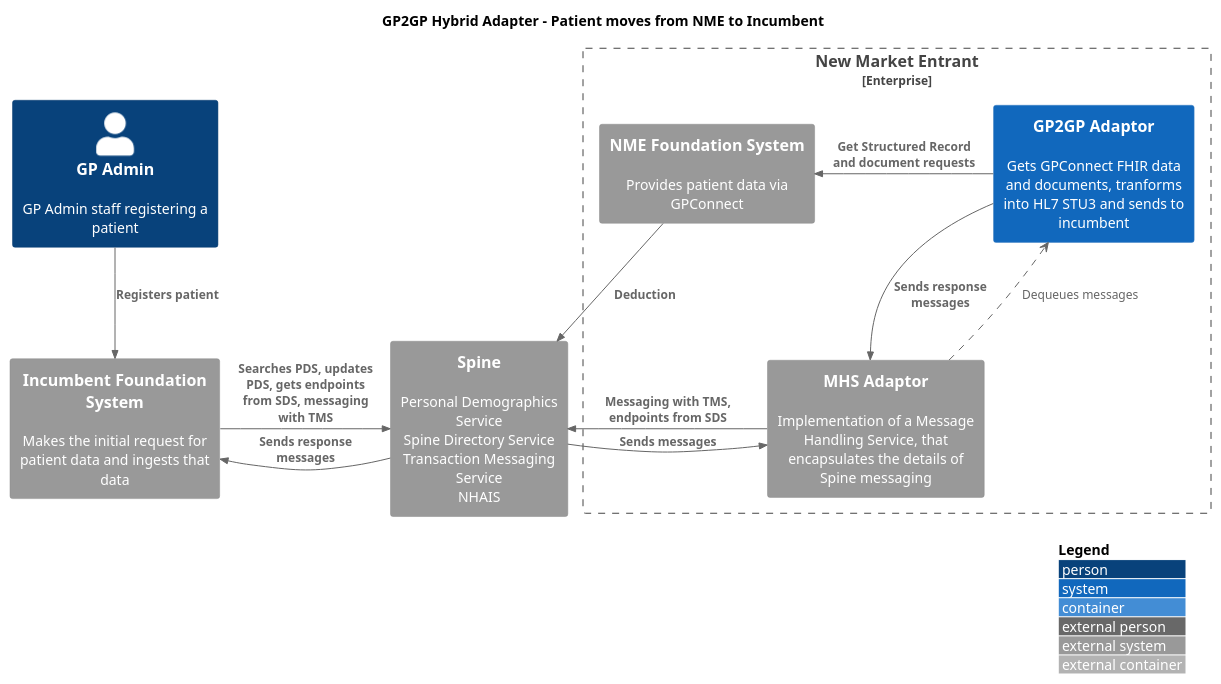
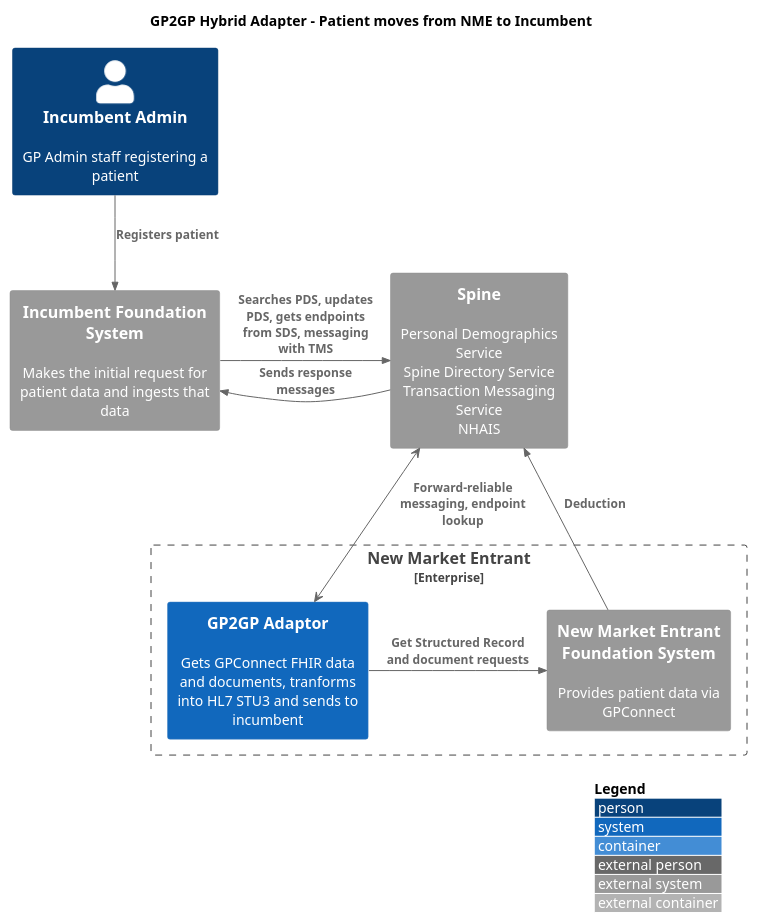
Before and after one commit to NHSDigital/integration-adaptor-gp2gp: the diagram in architecture/system-context-nme-to-incumbent.puml, drawn with PlantUML. The commit also changed 3 other files, not shown here.

```diff
--- a/architecture/system-context-nme-to-incumbent.puml
+++ b/architecture/system-context-nme-to-incumbent.puml
@@ -1,29 +1,25 @@
 @startuml 
 !includeurl https://raw.githubusercontent.com/RicardoNiepel/C4-PlantUML/release/1-0/C4_Container.puml
 
 title GP2GP Hybrid Adapter - Patient moves from NME to Incumbent
 
 LAYOUT_WITH_LEGEND()
 
-Person(gp, "GP Admin", "GP Admin staff registering a patient")
+Person(gp, "Incumbent Admin", "GP Admin staff registering a patient")
 System_Ext(incumbent, "Incumbent Foundation System", "Makes the initial request for patient data and ingests that data")
 
 System_Ext(spine, "Spine", "Personal Demographics Service\nSpine Directory Service\nTransaction Messaging Service\nNHAIS")
 
 Enterprise_Boundary(ent, "New Market Entrant") {
-    System_Ext(mhsSystem, "MHS Adaptor", "Implementation of a Message Handling Service, that encapsulates the details of Spine messaging")
-    System(gp2gpSystem, "GP2GP Adaptor", "Gets GPConnect FHIR data and documents, tranforms into HL7 STU3 and sends to incumbent")
-    System_Ext(nme, "NME Foundation System", "Provides patient data via GPConnect")
+    System(adaptor, "GP2GP Adaptor", "Gets GPConnect FHIR data and documents, tranforms into HL7 STU3 and sends to incumbent")
+    System_Ext(nme, "New Market Entrant Foundation System", "Provides patient data via GPConnect")
 }
 
 Rel(gp, incumbent, "Registers patient")
 Rel_R(incumbent, spine, "Searches PDS, updates PDS, gets endpoints from SDS, messaging with TMS")
 Rel_L(spine, incumbent, "Sends response messages")
-Rel(spine, mhsSystem, "Sends messages")
-mhsSystem ..> gp2gpSystem: Dequeues messages
-Rel_R(gp2gpSystem, nme, "Get Structured Record and document requests")
-Rel(gp2gpSystem, mhsSystem, "Sends response messages")
-Rel(mhsSystem, spine, "Messaging with TMS, endpoints from SDS")
+Rel_(spine, adaptor, "Forward-reliable messaging, endpoint lookup", "<-->")
+Rel_R(adaptor, nme, "Get Structured Record and document requests")
 Rel(nme, spine, "Deduction")
 
 @enduml
```
